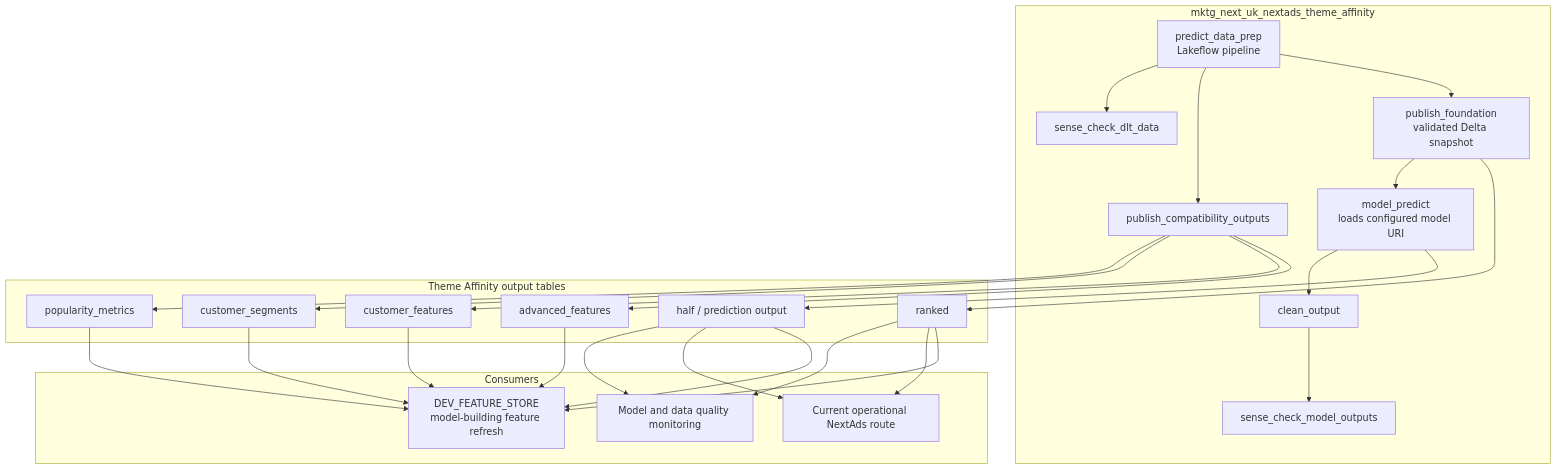
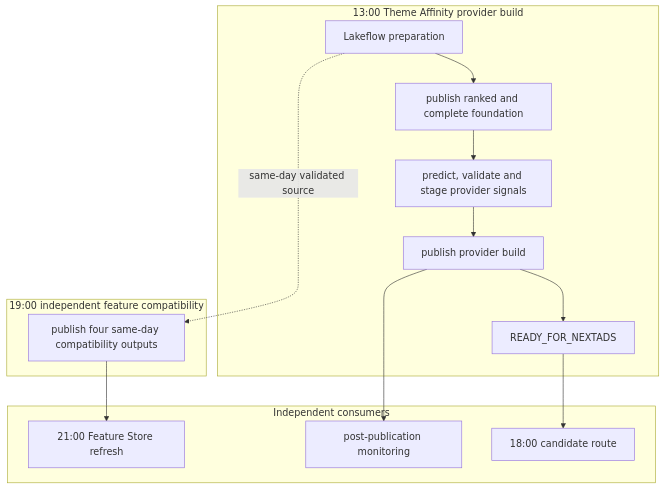
One commit to swblain-glyndwr/personal_project changed the diagram in docs/architecture/theme_affinity_operational_flow.md. Above: the diagram before and after it, drawn with Mermaid. The commit also changed other lines of this file and 29 other files, not shown here.

Commit message:
Isolate feature compatibility from provider builds

````diff
--- a/docs/architecture/theme_affinity_operational_flow.md
+++ b/docs/architecture/theme_affinity_operational_flow.md
@@ -7,51 +7,25 @@
 ```mermaid
 flowchart TD
-  subgraph route["mktg_next_uk_nextads_theme_affinity"]
-    prep["predict_data_prep<br/>Lakeflow pipeline"]
-    publish_foundation["publish_foundation<br/>validated Delta snapshot"]
-    publish_compatibility["publish_compatibility_outputs"]
-    dlt_check["sense_check_dlt_data"]
-    predict["model_predict<br/>loads configured model URI"]
-    clean["clean_output"]
-    output_check["sense_check_model_outputs"]
+  subgraph provider["13:00 Theme Affinity provider build"]
+    prep["Lakeflow preparation"]
+    foundation["publish ranked and complete foundation"]
+    predict["predict, validate and stage provider signals"]
+    publish["publish provider build"]
+    ready["READY_FOR_NEXTADS"]
   end
 
-  subgraph outputs["Theme Affinity output tables"]
-    ranked["ranked"]
-    advanced["advanced_features"]
-    customer_features["customer_features"]
-    customer_segments["customer_segments"]
-    popularity["popularity_metrics"]
-    half["half / prediction output"]
+  subgraph compatibility["19:00 independent feature compatibility"]
+    copy["publish four same-day compatibility outputs"]
   end
 
-  subgraph consumers["Consumers"]
-    current_ops["Current operational NextAds route"]
-    fs["DEV_FEATURE_STORE<br/>model-building feature refresh"]
-    monitoring["Model and data quality monitoring"]
+  subgraph consumers["Independent consumers"]
+    candidate["18:00 candidate route"]
+    feature_store["21:00 Feature Store refresh"]
+    monitoring["post-publication monitoring"]
   end
 
-  prep --> publish_foundation
-  prep --> publish_compatibility
-  prep --> dlt_check
-  publish_foundation --> ranked
-  publish_compatibility --> advanced
-  publish_compatibility --> customer_features
-  publish_compatibility --> customer_segments
-  publish_compatibility --> popularity
-  publish_foundation --> predict
-  predict --> half
-  predict --> clean --> output_check
-
-  ranked --> fs
-  advanced --> fs
-  customer_features --> fs
-  customer_segments --> fs
-  popularity --> fs
-  half --> fs
-
-  ranked --> current_ops
-  half --> current_ops
-  ranked --> monitoring
-  half --> monitoring
+  prep --> foundation --> predict --> publish --> ready
+  ready --> candidate
+  publish --> monitoring
+  prep -. same-day validated source .-> copy --> feature_store
 ```
````
